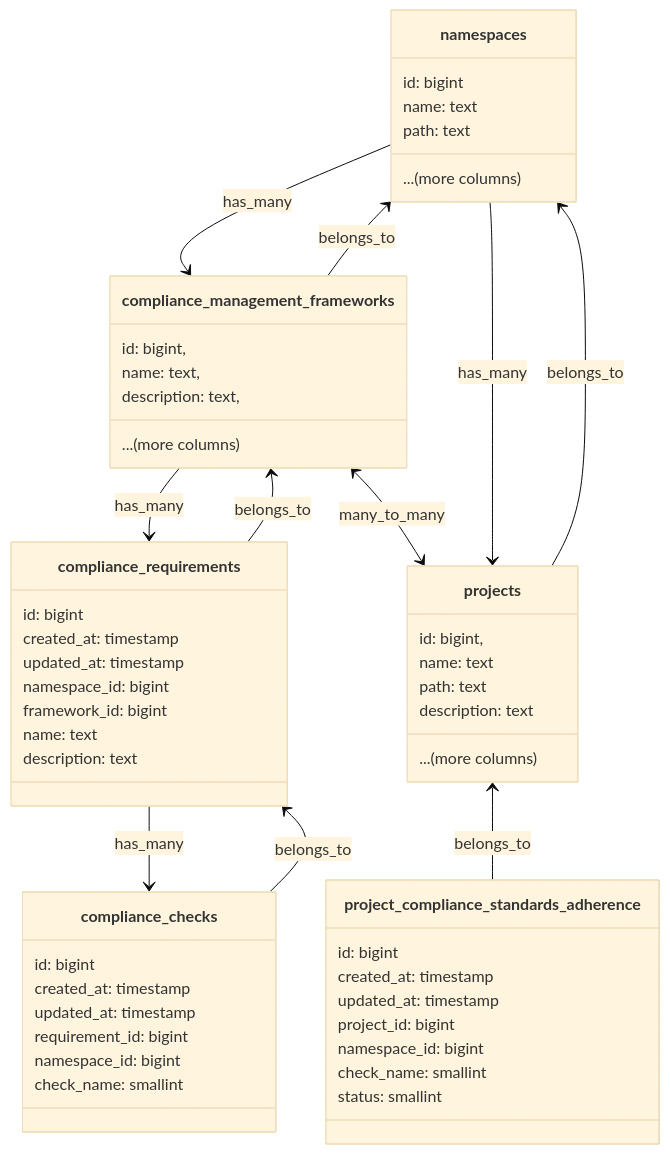
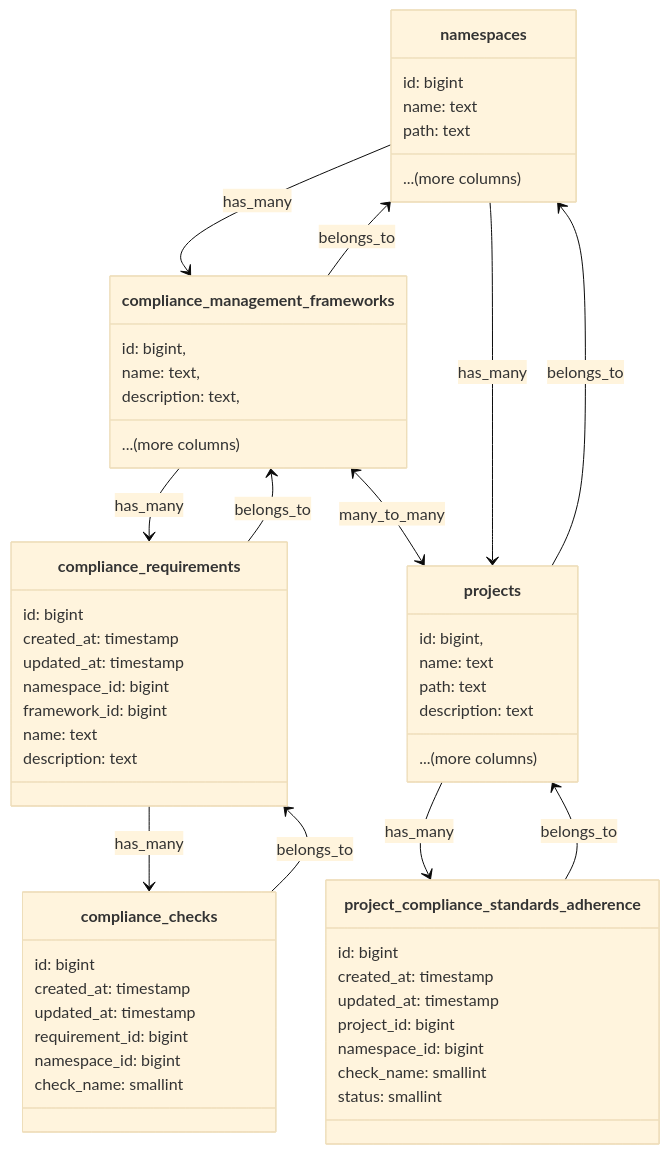
One commit to moliver28/research-handbook changed the diagram in content/handbook/engineering/architecture/design-documents/compliance-frameworks/decisions/005_custom_adherence_report.md. Above: the diagram before and after it, drawn with Mermaid (base theme). The commit also changed other lines of this file and 1 other file, not shown here.

Commit message:
Add a document to describe the MVC state of adherence report

````diff
--- a/content/handbook/engineering/architecture/design-documents/compliance-frameworks/decisions/005_custom_adherence_report.md
+++ b/content/handbook/engineering/architecture/design-documents/compliance-frameworks/decisions/005_custom_adherence_report.md
@@ -115,62 +119,63 @@
     ```mermaid
         classDiagram
     class namespaces {
         id: bigint
         name: text
         path: text
         ...(more columns)
     }
     class projects {
         id: bigint,
         name: text
         path: text
         description: text
         ...(more columns)
     }
     class compliance_management_frameworks {
         id: bigint,
         name: text,
         description: text,
         ...(more columns)
     }
 
     class compliance_requirements {
         id: bigint
         created_at: timestamp
         updated_at: timestamp
         namespace_id: bigint
         framework_id: bigint
         name: text
         description: text
     }
 
     class compliance_checks {
         id: bigint
         created_at: timestamp
         updated_at: timestamp
         requirement_id: bigint
         namespace_id: bigint
         check_name: smallint
     }
 
     class project_compliance_standards_adherence {
         id: bigint
         created_at: timestamp
         updated_at: timestamp
         project_id: bigint
         namespace_id: bigint
         check_name: smallint
         status: smallint
     }
 
     compliance_requirements --> compliance_checks : has_many
     compliance_requirements <-- compliance_checks : belongs_to
     compliance_management_frameworks --> compliance_requirements : has_many
     compliance_management_frameworks <-- compliance_requirements : belongs_to
     compliance_management_frameworks <--> projects : many_to_many
     projects <-- namespaces : has_many
     projects --> namespaces : belongs_to
     namespaces --> compliance_management_frameworks : has_many
     namespaces <-- compliance_management_frameworks : belongs_to
+    projects --> project_compliance_standards_adherence : has_many
     projects <-- project_compliance_standards_adherence : belongs_to
     ```
````
